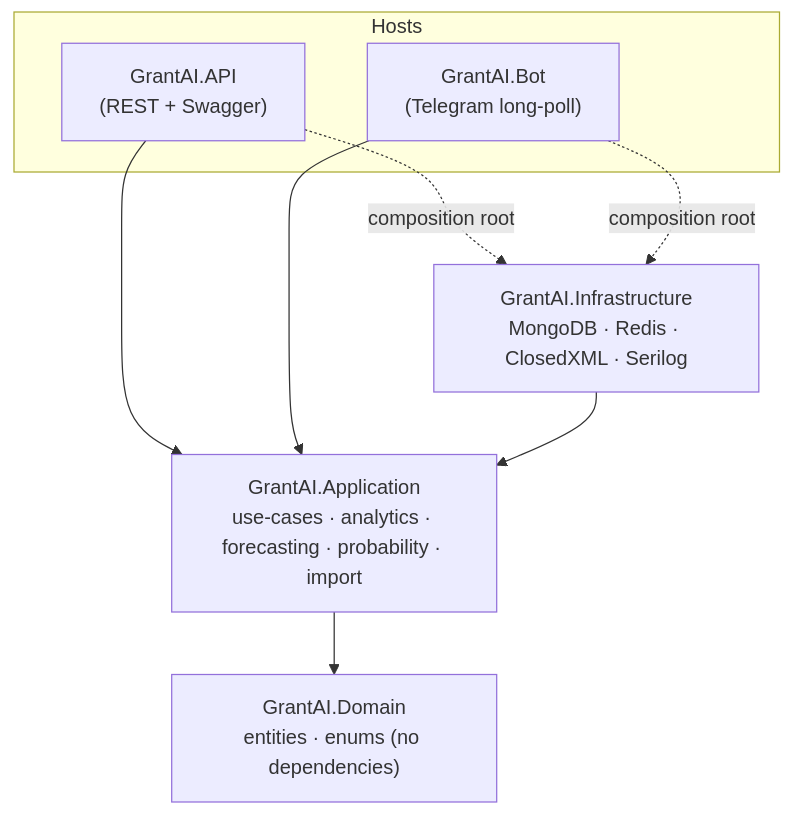
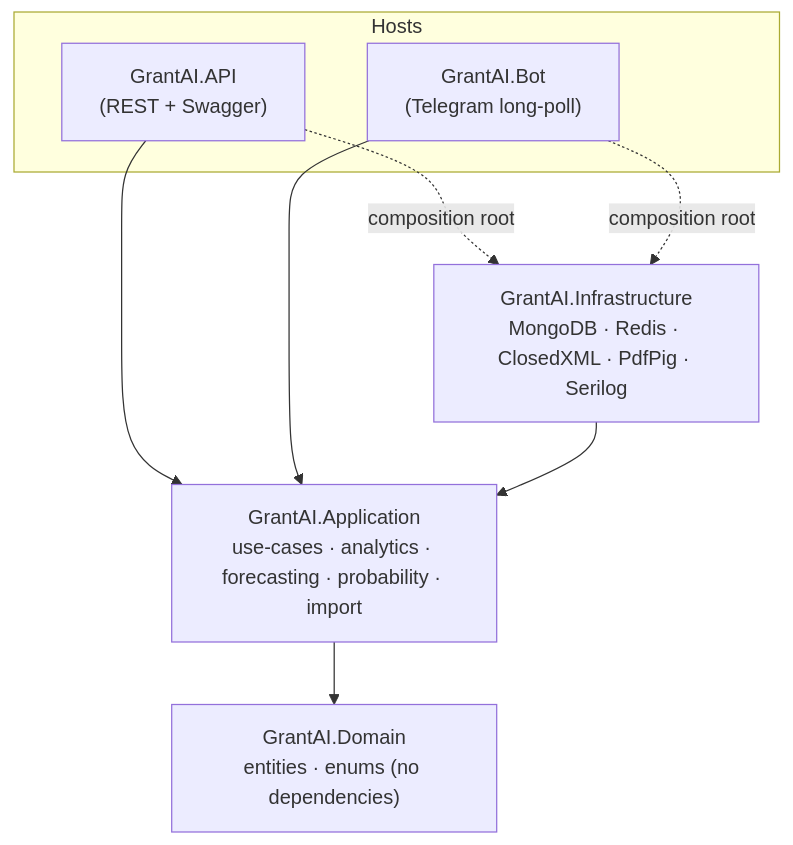
Before and after one commit to Yehoshuaro/ct-grant-prediction-bot: the first of 3 diagrams in docs/architecture.md, drawn with Mermaid. The commit also changed other lines of this file and 34 other files, not shown here.

````diff
--- a/docs/architecture.md
+++ b/docs/architecture.md
@@ -12,18 +12,18 @@
 ```mermaid
 flowchart TD
     subgraph Hosts
         API["GrantAI.API<br/>(REST + Swagger)"]
         BOT["GrantAI.Bot<br/>(Telegram long-poll)"]
     end
 
-    INFRA["GrantAI.Infrastructure<br/>MongoDB · Redis · ClosedXML · Serilog"]
+    INFRA["GrantAI.Infrastructure<br/>MongoDB · Redis · ClosedXML · PdfPig · Serilog"]
     APP["GrantAI.Application<br/>use-cases · analytics · forecasting · probability · import"]
     DOMAIN["GrantAI.Domain<br/>entities · enums (no dependencies)"]
 
     API --> APP
     BOT --> APP
     API -. composition root .-> INFRA
     BOT -. composition root .-> INFRA
     INFRA --> APP
     APP --> DOMAIN
 ```
````
